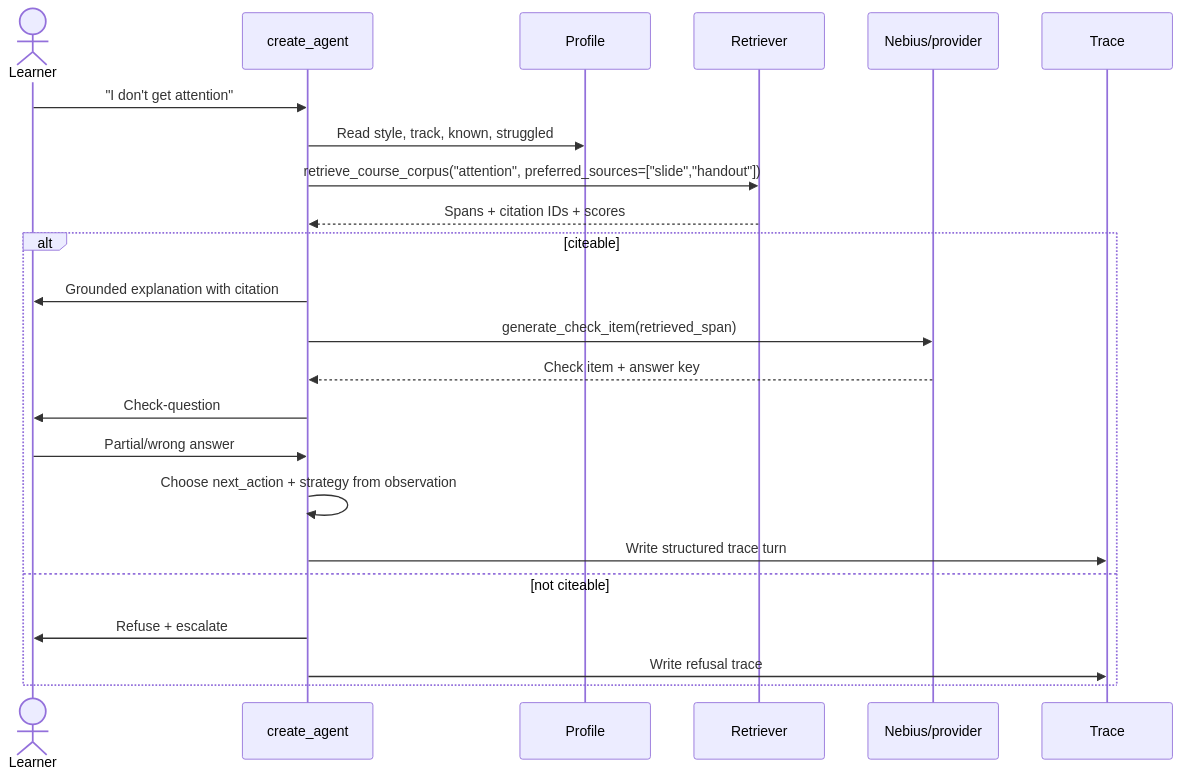
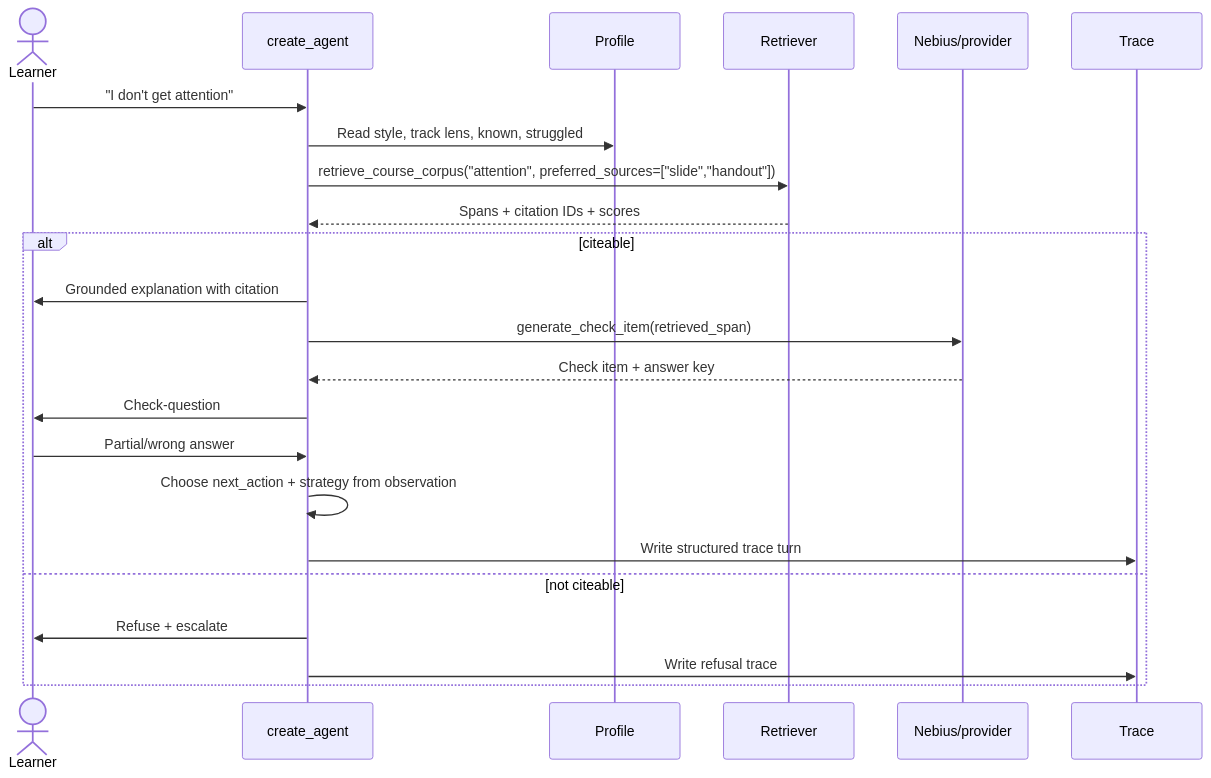
One commit to manjunath84/genacademy-coach changed the third of 7 diagrams in docs/architecture-diagrams.md. Above: the diagram before and after it, drawn with Mermaid. The commit also changed other lines of this file and 6 other files, not shown here.

Commit message:
docs: clarify track lens and interview pull-in

````diff
--- a/docs/architecture-diagrams.md
+++ b/docs/architecture-diagrams.md
@@ -109,26 +111,26 @@
 ```mermaid
 sequenceDiagram
     actor L as Learner
     participant A as create_agent
     participant P as Profile
     participant R as Retriever
     participant N as Nebius/provider
     participant T as Trace
 
     L->>A: "I don't get attention"
-    A->>P: Read style, track, known, struggled
+    A->>P: Read style, track lens, known, struggled
     A->>R: retrieve_course_corpus("attention", preferred_sources=["slide","handout"])
     R-->>A: Spans + citation IDs + scores
     alt citeable
         A->>L: Grounded explanation with citation
         A->>N: generate_check_item(retrieved_span)
         N-->>A: Check item + answer key
         A->>L: Check-question
         L->>A: Partial/wrong answer
         A->>A: Choose next_action + strategy from observation
         A->>T: Write structured trace turn
     else not citeable
         A->>L: Refuse + escalate
         A->>T: Write refusal trace
     end
 ```
````
